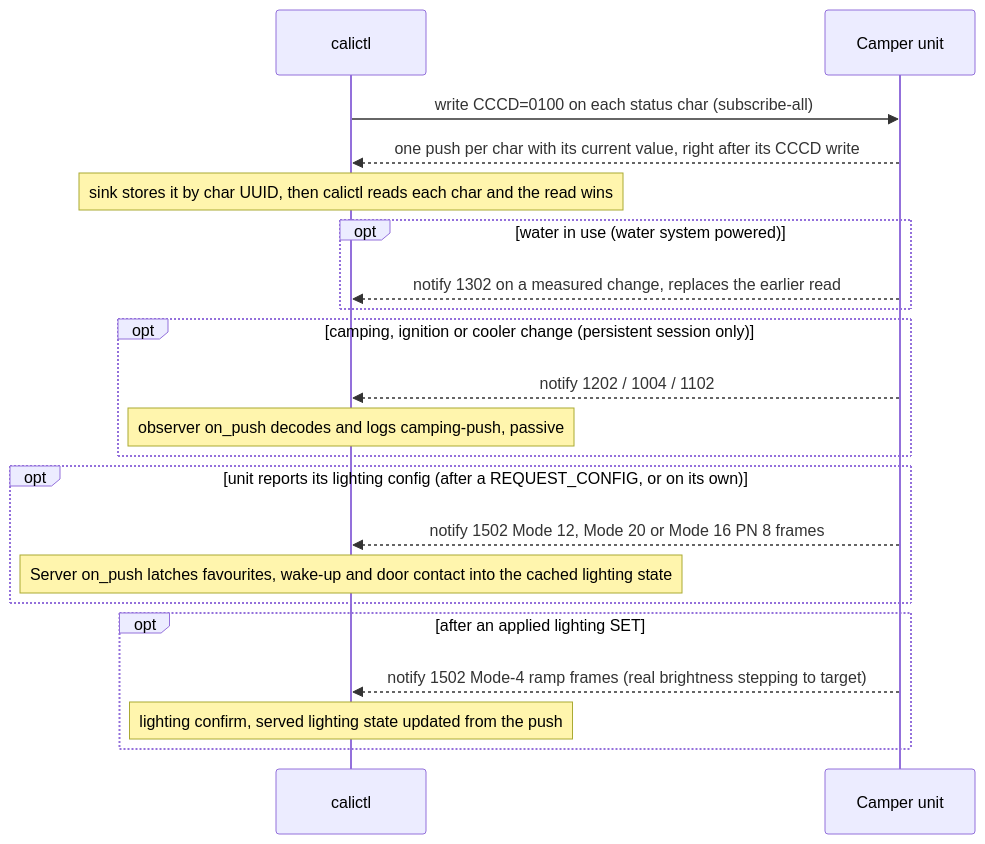
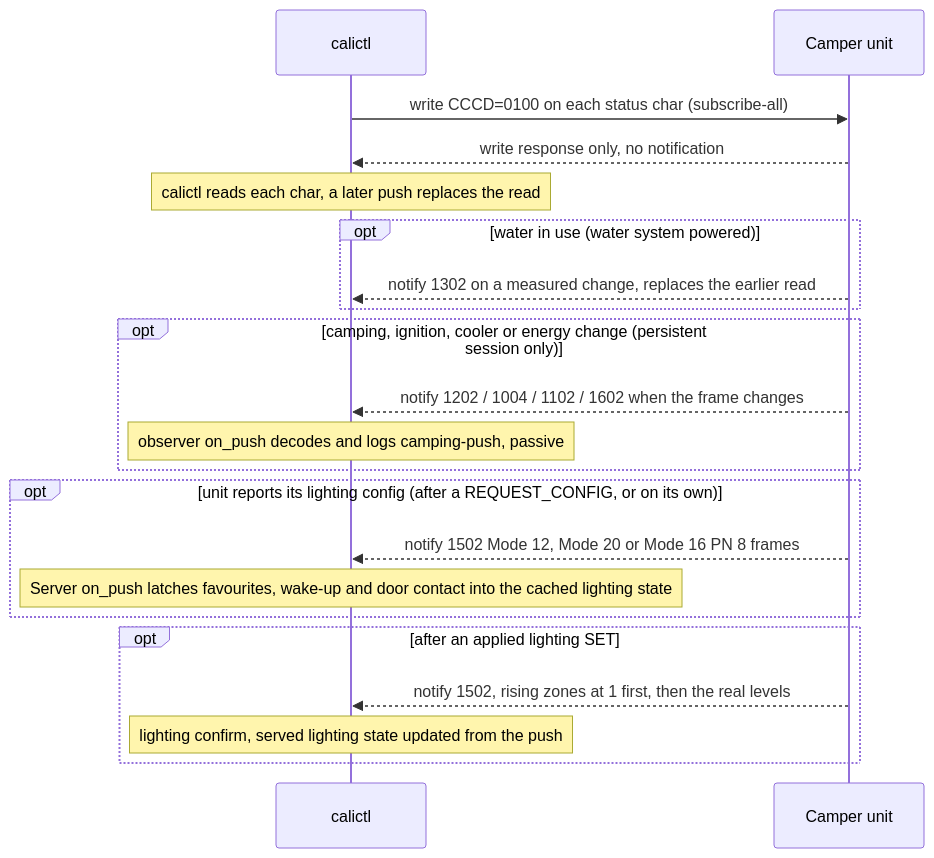
The third of 17 diagrams in docs/protocol-sequences.rst (ckeller42/open-california), drawn with Mermaid before and after one commit. The commit also changed other lines of this file and 17 other files, not shown here.

```diff
--- a/docs/protocol-sequences.rst
+++ b/docs/protocol-sequences.rst
@@ -394,23 +396,23 @@
 .. mermaid::
 
     sequenceDiagram
         participant C as calictl
         participant U as Camper unit
         C->>U: write CCCD=0100 on each status char (subscribe-all)
-        U-->>C: one push per char with its current value, right after its CCCD write
-        Note over C: sink stores it by char UUID, then calictl reads each char and the read wins
+        U-->>C: write response only, no notification
+        Note over C: calictl reads each char, a later push replaces the read
         opt water in use (water system powered)
             U-->>C: notify 1302 on a measured change, replaces the earlier read
         end
-        opt camping, ignition or cooler change (persistent session only)
-            U-->>C: notify 1202 / 1004 / 1102
+        opt camping, ignition, cooler or energy change (persistent session only)
+            U-->>C: notify 1202 / 1004 / 1102 / 1602 when the frame changes
             Note over C: observer on_push decodes and logs camping-push, passive
         end
         opt unit reports its lighting config (after a REQUEST_CONFIG, or on its own)
             U-->>C: notify 1502 Mode 12, Mode 20 or Mode 16 PN 8 frames
             Note over C: Server on_push latches favourites, wake-up and door contact into the cached lighting state
         end
         opt after an applied lighting SET
-            U-->>C: notify 1502 Mode-4 ramp frames (real brightness stepping to target)
+            U-->>C: notify 1502, rising zones at 1 first, then the real levels
             Note over C: lighting confirm, served lighting state updated from the push
         end
```
